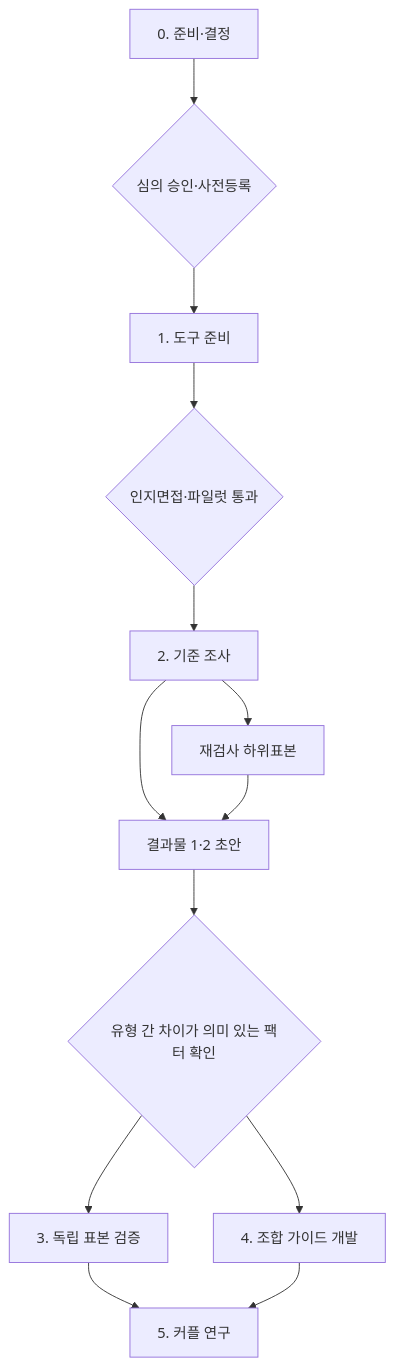
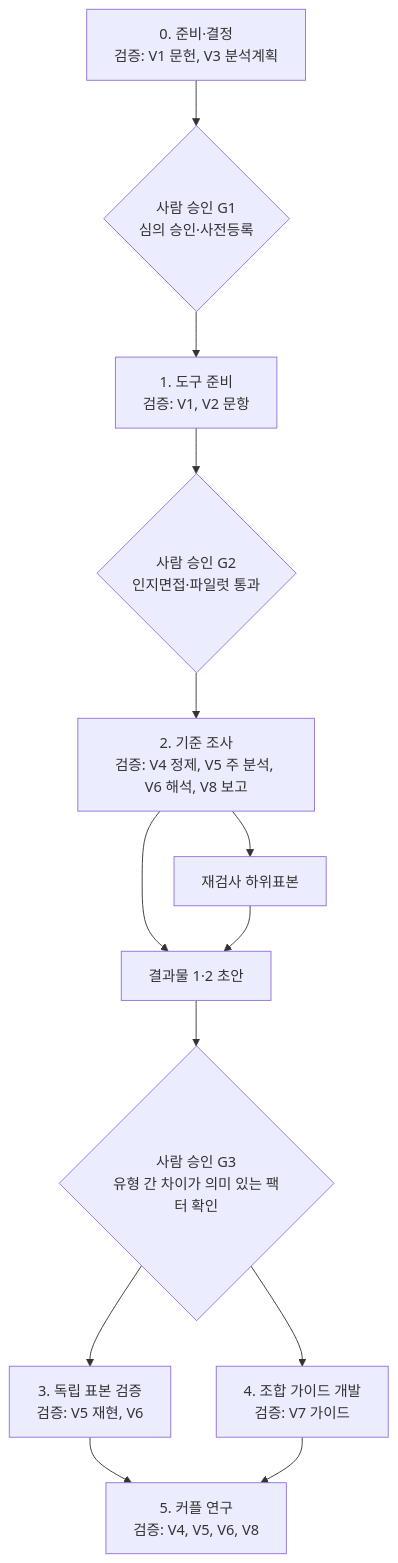
Before and after one commit to gogogshark/MBTI-relationship: the diagram in docs/research/research-roadmap.md, drawn with Mermaid. The commit also changed other lines of this file and 2 other files, not shown here.

````diff
--- a/docs/research/research-roadmap.md
+++ b/docs/research/research-roadmap.md
@@ -48,15 +49,15 @@
 ```mermaid
 flowchart TD
-    A["0. 준비·결정"] --> G1{"심의 승인·사전등록"}
-    G1 --> B["1. 도구 준비"]
-    B --> G2{"인지면접·파일럿 통과"}
-    G2 --> C["2. 기준 조사"]
+    A["0. 준비·결정<br/>검증: V1 문헌, V3 분석계획"] --> G1{"사람 승인 G1<br/>심의 승인·사전등록"}
+    G1 --> B["1. 도구 준비<br/>검증: V1, V2 문항"]
+    B --> G2{"사람 승인 G2<br/>인지면접·파일럿 통과"}
+    G2 --> C["2. 기준 조사<br/>검증: V4 정제, V5 주 분석, V6 해석, V8 보고"]
     C --> D["결과물 1·2 초안"]
     C --> E["재검사 하위표본"]
     E --> D
-    D --> G3{"유형 간 차이가 의미 있는 팩터 확인"}
-    G3 --> F["3. 독립 표본 검증"]
-    G3 --> H["4. 조합 가이드 개발"]
-    F --> I["5. 커플 연구"]
+    D --> G3{"사람 승인 G3<br/>유형 간 차이가 의미 있는 팩터 확인"}
+    G3 --> F["3. 독립 표본 검증<br/>검증: V5 재현, V6"]
+    G3 --> H["4. 조합 가이드 개발<br/>검증: V7 가이드"]
+    F --> I["5. 커플 연구<br/>검증: V4, V5, V6, V8"]
     H --> I
 ```
````
